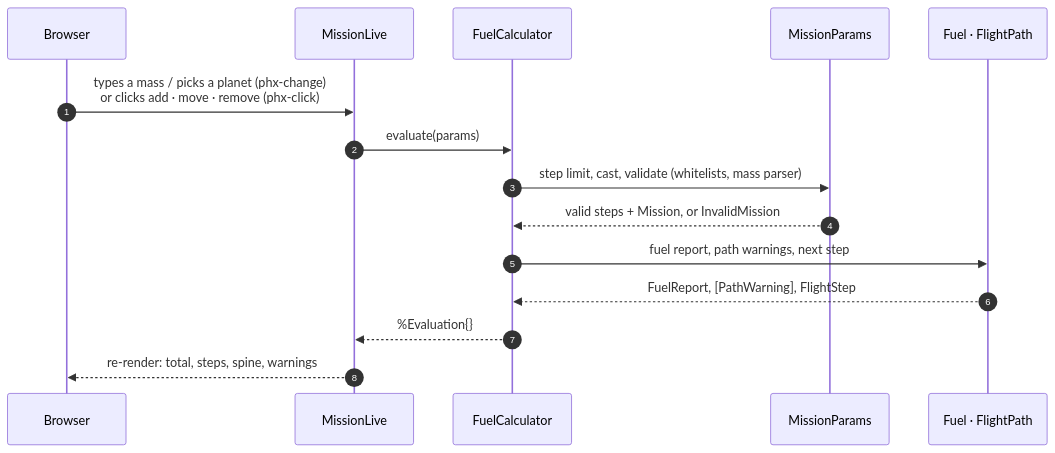
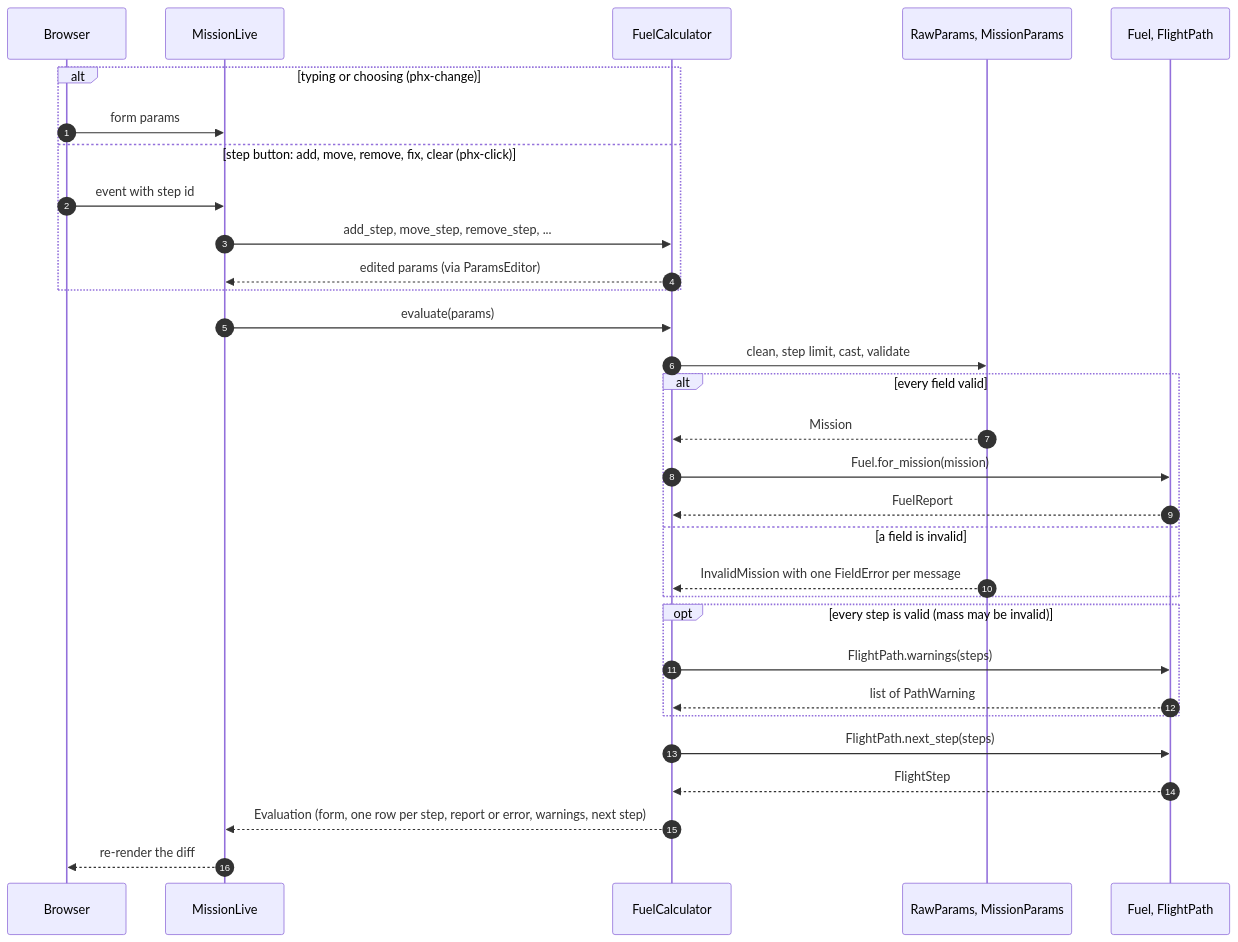
The third of 3 diagrams in README.md (mariuszzak/fuel_calculator), drawn with Mermaid before and after one commit. The commit also changed other lines of this file and 4 other files, not shown here.

````diff
--- a/README.md
+++ b/README.md
@@ -110,17 +157,35 @@
 ```mermaid
 sequenceDiagram
     autonumber
-    participant U as Browser
+    participant B as Browser
     participant LV as MissionLive
     participant API as FuelCalculator
-    participant MP as MissionParams
-    participant Core as Fuel · FlightPath
-    U->>LV: types a mass / picks a planet (phx-change)<br/>or clicks add · move · remove (phx-click)
+    participant MP as RawParams, MissionParams
+    participant Core as Fuel, FlightPath
+
+    alt typing or choosing (phx-change)
+        B->>LV: form params
+    else step button: add, move, remove, fix, clear (phx-click)
+        B->>LV: event with step id
+        LV->>API: add_step, move_step, remove_step, ...
+        API-->>LV: edited params (via ParamsEditor)
+    end
+
     LV->>API: evaluate(params)
-    API->>MP: step limit, cast, validate (whitelists, mass parser)
-    MP-->>API: valid steps + Mission, or InvalidMission
-    API->>Core: fuel report, path warnings, next step
-    Core-->>API: FuelReport, [PathWarning], FlightStep
-    API-->>LV: %Evaluation{}
-    LV-->>U: re-render: total, steps, spine, warnings
+    API->>MP: clean, step limit, cast, validate
+    alt every field valid
+        MP-->>API: Mission
+        API->>Core: Fuel.for_mission(mission)
+        Core-->>API: FuelReport
+    else a field is invalid
+        MP-->>API: InvalidMission with one FieldError per message
+    end
+    opt every step is valid (mass may be invalid)
+        API->>Core: FlightPath.warnings(steps)
+        Core-->>API: list of PathWarning
+    end
+    API->>Core: FlightPath.next_step(steps)
+    Core-->>API: FlightStep
+    API-->>LV: Evaluation (form, one row per step, report or error, warnings, next step)
+    LV-->>B: re-render the diff
 ```
````
